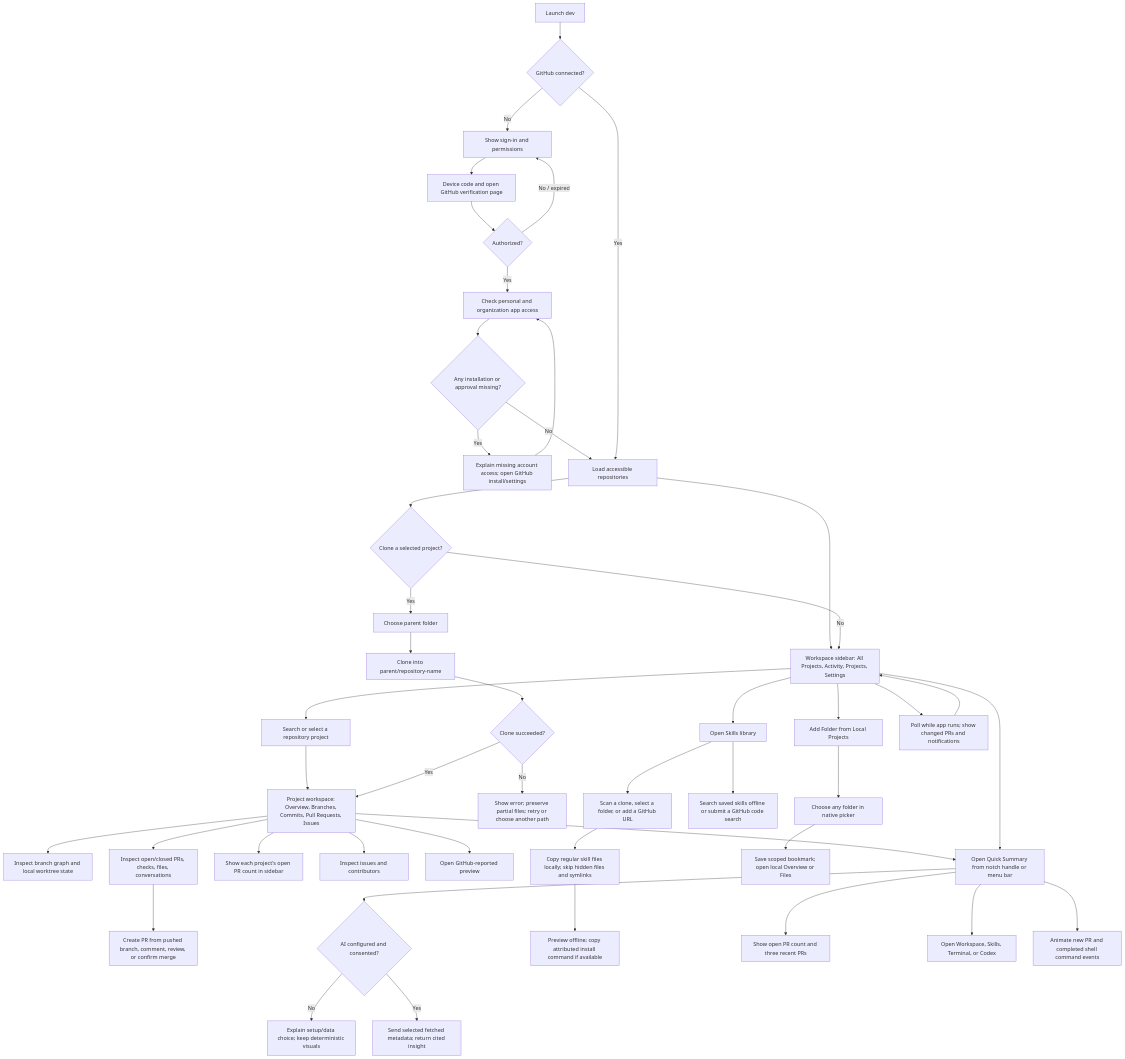
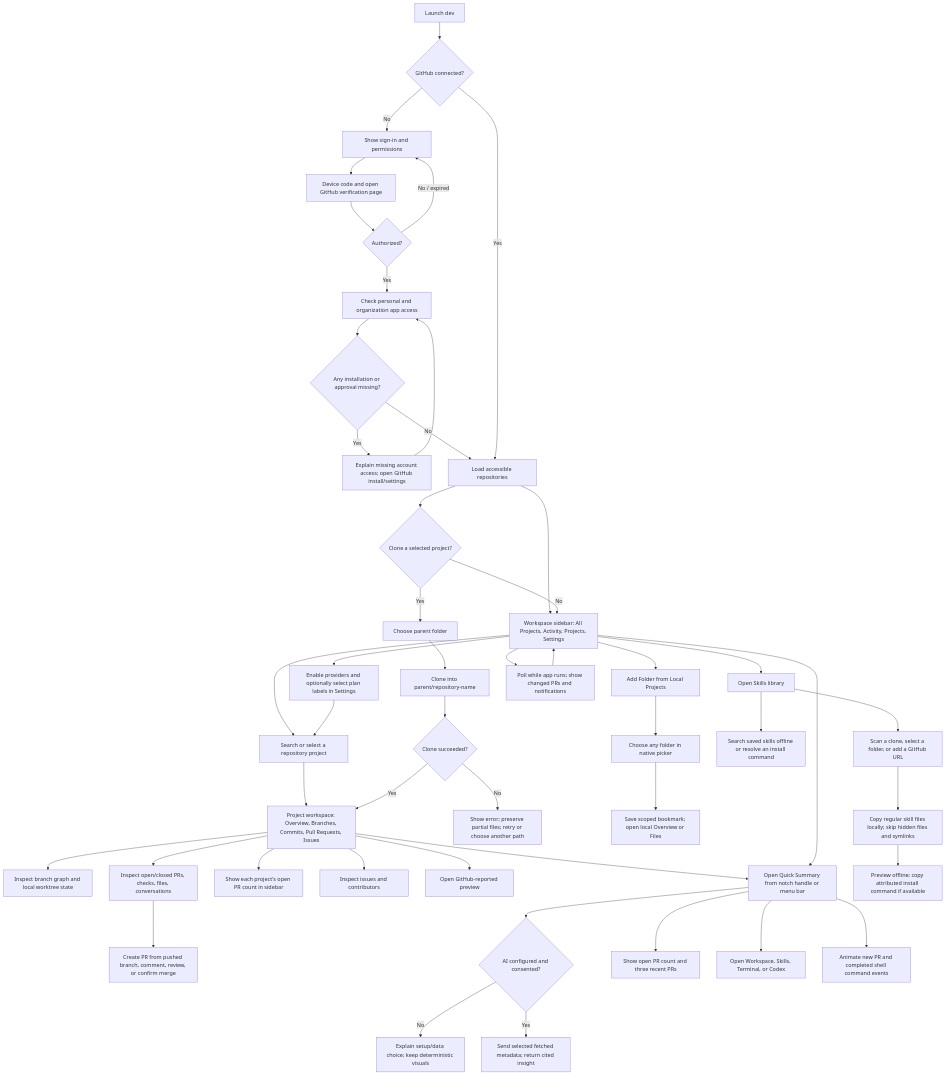
Before and after one commit to hiroqt/dev: the diagram in END_TO_END_FLOW.md, drawn with Mermaid. The commit also changed other lines of this file and 5 other files, not shown here.

````diff
--- a/END_TO_END_FLOW.md
+++ b/END_TO_END_FLOW.md
@@ -5,48 +5,50 @@
 ```mermaid
 flowchart TD
     A[Launch dev] --> B{GitHub connected?}
     B -- No --> C[Show sign-in and permissions]
     C --> D[Device code and open GitHub verification page]
     D --> E{Authorized?}
     E -- No / expired --> C
     E -- Yes --> F[Check personal and organization app access]
     F --> G{Any installation or approval missing?}
     G -- Yes --> H[Explain missing account access; open GitHub install/settings]
     H --> F
     G -- No --> I[Load accessible repositories]
     B -- Yes --> I
     I --> J[Workspace sidebar: All Projects, Activity, Projects, Settings]
     J --> K[Search or select a repository project]
     K --> L[Project workspace: Overview, Branches, Commits, Pull Requests, Issues]
     L --> M[Inspect branch graph and local worktree state]
     L --> N[Inspect open/closed PRs, checks, files, conversations]
     N --> N1[Create PR from pushed branch, comment, review, or confirm merge]
     L --> N2[Show each project's open PR count in sidebar]
     L --> O[Inspect issues and contributors]
     L --> P[Open GitHub-reported preview]
     L --> Q[Ask for AI explanation]
     Q --> R{AI configured and consented?}
     R -- No --> S[Explain setup/data choice; keep deterministic visuals]
     R -- Yes --> T[Send selected fetched metadata; return cited insight]
     I --> U{Clone a selected project?}
     U -- Yes --> V[Choose parent folder]
     V --> W[Clone into parent/repository-name]
     W --> X{Clone succeeded?}
     X -- No --> Y[Show error; preserve partial files; retry or choose another path]
     X -- Yes --> L
     U -- No --> J
     J --> L1[Add Folder from Local Projects]
     L1 --> L2[Choose any folder in native picker]
     L2 --> L3[Save scoped bookmark; open local Overview or Files]
     J --> S1[Open Skills library]
-    S1 --> S2[Search saved skills offline or submit a GitHub code search]
+    S1 --> S2[Search saved skills offline or resolve an install command]
     S1 --> S3[Scan a clone, select a folder, or add a GitHub URL]
     S3 --> S4[Copy regular skill files locally; skip hidden files and symlinks]
     S4 --> S5[Preview offline; copy attributed install command if available]
     J --> Z[Poll while app runs; show changed PRs and notifications]
     Z --> J
+    J --> PI[Enable providers and optionally select plan labels in Settings]
+    PI --> K
     J --> Q[Open Quick Summary from notch handle or menu bar]
     Q --> Q1[Show open PR count and three recent PRs]
     Q --> Q2[Open Workspace, Skills, Terminal, or Codex]
     Q --> Q3[Animate new PR and completed shell command events]
 ```
````
